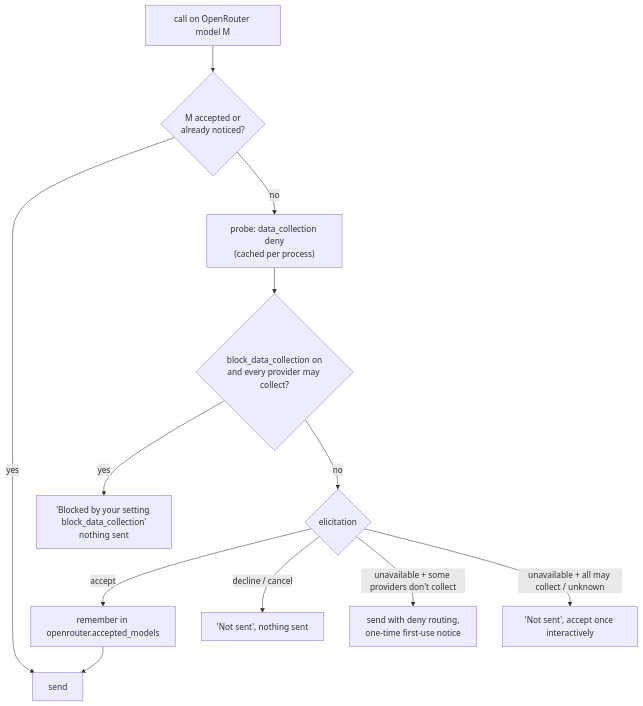
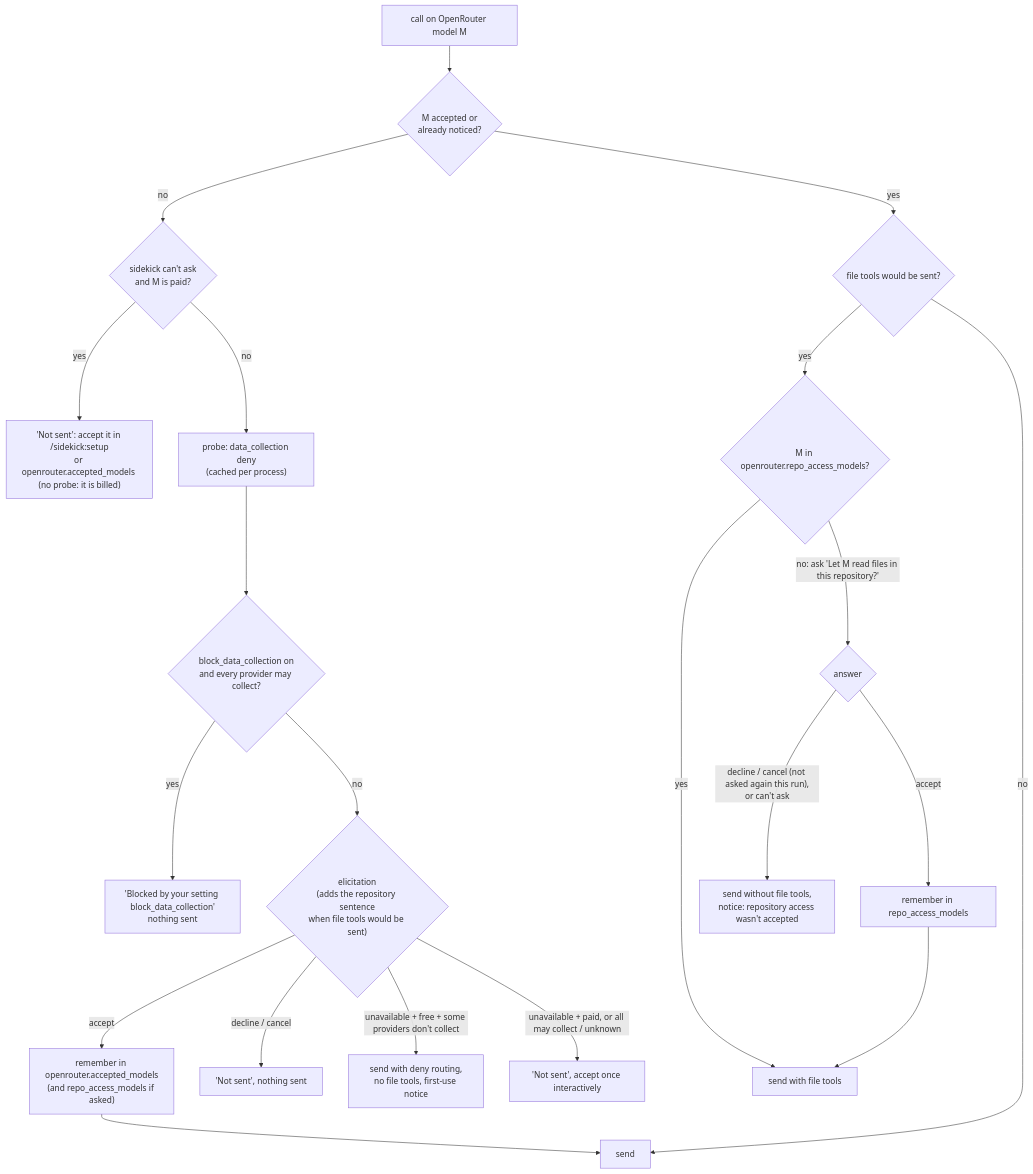
Before and after one commit to FlintAndFilament/sidekick: the diagram in docs/diagrams/first-use-acceptance.mermaid, drawn with Mermaid. The commit also changed 6 other files, not shown here.

```diff
--- a/docs/diagrams/first-use-acceptance.mermaid
+++ b/docs/diagrams/first-use-acceptance.mermaid
@@ -1,11 +1,19 @@
 flowchart TD
     S["call on OpenRouter model M"] --> AC{"M accepted or<br/>already noticed?"}
-    AC -->|yes| SEND["send"]
-    AC -->|no| PR["probe: data_collection deny<br/>(cached per process)"]
+    AC -->|yes| FT
+    AC -->|no| PAID{"sidekick can't ask<br/>and M is paid?"}
+    PAID -->|yes| UP["'Not sent': accept it in /sidekick:setup<br/>or openrouter.accepted_models (no probe: it is billed)"]
+    PAID -->|no| PR["probe: data_collection deny<br/>(cached per process)"]
     PR --> BL{"block_data_collection on<br/>and every provider may collect?"}
     BL -->|yes| BLK["'Blocked by your setting block_data_collection'<br/>nothing sent"]
-    BL -->|no| EL{"elicitation"}
-    EL -->|accept| SAVE["remember in openrouter.accepted_models"] --> SEND
+    BL -->|no| EL{"elicitation<br/>(adds the repository sentence<br/>when file tools would be sent)"}
+    EL -->|accept| SAVE["remember in openrouter.accepted_models<br/>(and repo_access_models if asked)"] --> SEND
     EL -->|"decline / cancel"| NS["'Not sent', nothing sent"]
-    EL -->|"unavailable + some providers don't collect"| NT["send with deny routing,<br/>one-time first-use notice"]
-    EL -->|"unavailable + all may collect / unknown"| UR["'Not sent', accept once interactively"]
+    EL -->|"unavailable + free + some providers don't collect"| NT["send with deny routing,<br/>no file tools, first-use notice"]
+    EL -->|"unavailable + paid, or all may collect / unknown"| UR["'Not sent', accept once interactively"]
+    FT{"file tools would be sent?"} -->|no| SEND["send"]
+    FT -->|yes| RA{"M in openrouter.repo_access_models?"}
+    RA -->|yes| SENDT["send with file tools"]
+    RA -->|"no: ask 'Let M read files in this repository?'"| RQ{"answer"}
+    RQ -->|accept| RSAVE["remember in repo_access_models"] --> SENDT
+    RQ -->|"decline / cancel (not asked again this run),<br/>or can't ask"| SENDN["send without file tools,<br/>notice: repository access wasn't accepted"]
```
